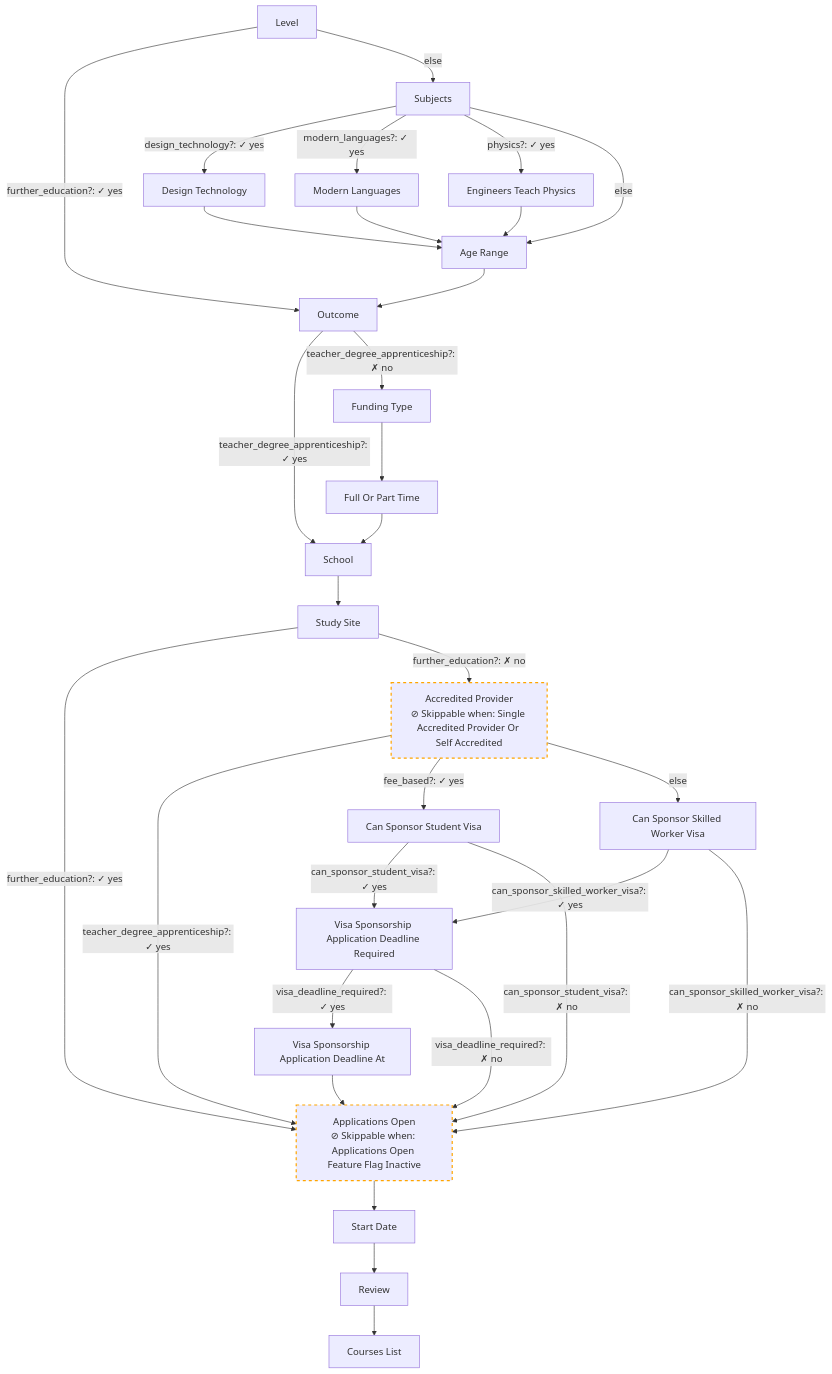
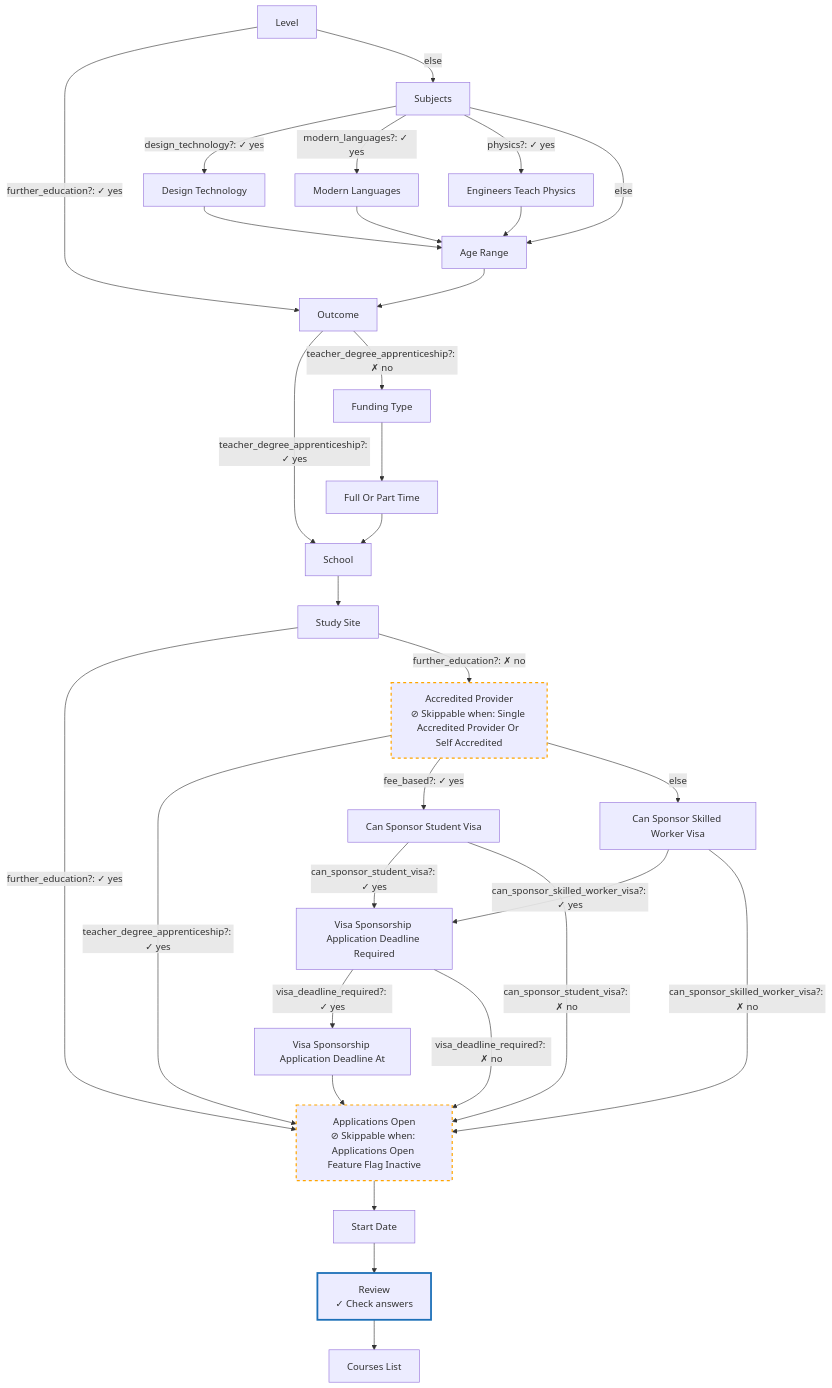
Before and after one commit to DFE-Digital/dfe-wizard: the diagram in spec/rails-dummy/docs/wizards/add_course_wizard.mmd, drawn with Mermaid. The commit also changed 11 other files, not shown here.

First line of the commit message:
Document the check answers node and review navigation

```diff
--- a/spec/rails-dummy/docs/wizards/add_course_wizard.mmd
+++ b/spec/rails-dummy/docs/wizards/add_course_wizard.mmd
@@ -1,55 +1,57 @@
 flowchart TD
   level["Level"]
   subjects["Subjects"]
   design_technology["Design Technology"]
   modern_languages["Modern Languages"]
   engineers_teach_physics["Engineers Teach Physics"]
   age_range["Age Range"]
   outcome["Outcome"]
   funding_type["Funding Type"]
   full_or_part_time["Full Or Part Time"]
   school["School"]
   study_site["Study Site"]
   accredited_provider["Accredited Provider
 ⊘ Skippable when: Single Accredited Provider Or Self Accredited"]
   can_sponsor_student_visa["Can Sponsor Student Visa"]
   can_sponsor_skilled_worker_visa["Can Sponsor Skilled Worker Visa"]
   visa_sponsorship_application_deadline_required["Visa Sponsorship Application Deadline Required"]
   visa_sponsorship_application_deadline_at["Visa Sponsorship Application Deadline At"]
   applications_open["Applications Open
 ⊘ Skippable when: Applications Open Feature Flag Inactive"]
   start_date["Start Date"]
-  review["Review"]
+  review["Review
+✓ Check answers"]
   courses_list["Courses List"]
   funding_type --> full_or_part_time
   full_or_part_time --> school
   school --> study_site
   design_technology --> age_range
   modern_languages --> age_range
   engineers_teach_physics --> age_range
   age_range --> outcome
   visa_sponsorship_application_deadline_at --> applications_open
   applications_open --> start_date
   start_date --> review
   review --> courses_list
   outcome -->|teacher_degree_apprenticeship?: ✓ yes| school
   outcome -->|teacher_degree_apprenticeship?: ✗ no| funding_type
   study_site -->|further_education?: ✓ yes| applications_open
   study_site -->|further_education?: ✗ no| accredited_provider
   can_sponsor_student_visa -->|can_sponsor_student_visa?: ✓ yes| visa_sponsorship_application_deadline_required
   can_sponsor_student_visa -->|can_sponsor_student_visa?: ✗ no| applications_open
   can_sponsor_skilled_worker_visa -->|can_sponsor_skilled_worker_visa?: ✓ yes| visa_sponsorship_application_deadline_required
   can_sponsor_skilled_worker_visa -->|can_sponsor_skilled_worker_visa?: ✗ no| applications_open
   visa_sponsorship_application_deadline_required -->|visa_deadline_required?: ✓ yes| visa_sponsorship_application_deadline_at
   visa_sponsorship_application_deadline_required -->|visa_deadline_required?: ✗ no| applications_open
   level -->|further_education?: ✓ yes| outcome
   level -->|else| subjects
   subjects -->|design_technology?: ✓ yes| design_technology
   subjects -->|modern_languages?: ✓ yes| modern_languages
   subjects -->|physics?: ✓ yes| engineers_teach_physics
   subjects -->|else| age_range
   accredited_provider -->|teacher_degree_apprenticeship?: ✓ yes| applications_open
   accredited_provider -->|fee_based?: ✓ yes| can_sponsor_student_visa
   accredited_provider -->|else| can_sponsor_skilled_worker_visa
   style accredited_provider stroke:#FFA500,stroke-dasharray: 5 5,stroke-width:2px
   style applications_open stroke:#FFA500,stroke-dasharray: 5 5,stroke-width:2px
+  style review stroke:#1D70B8,stroke-width:3px
```
